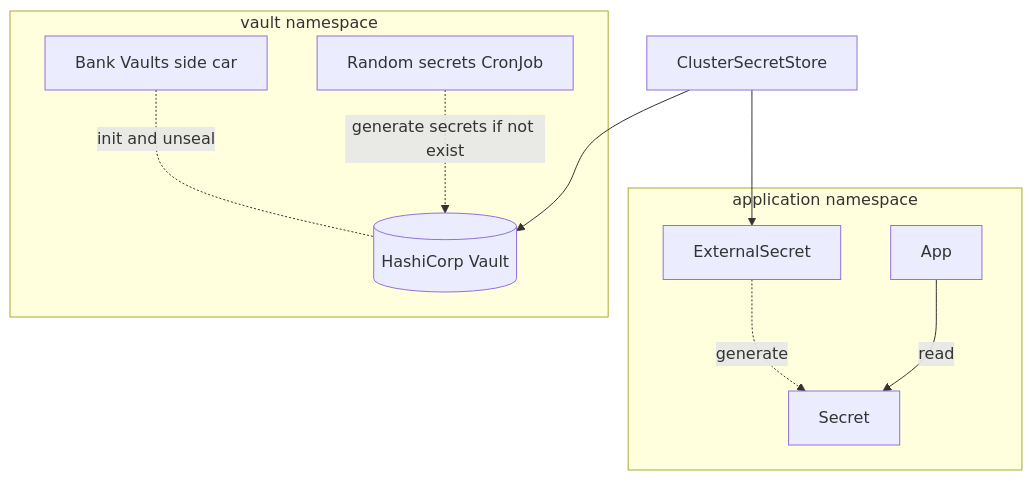
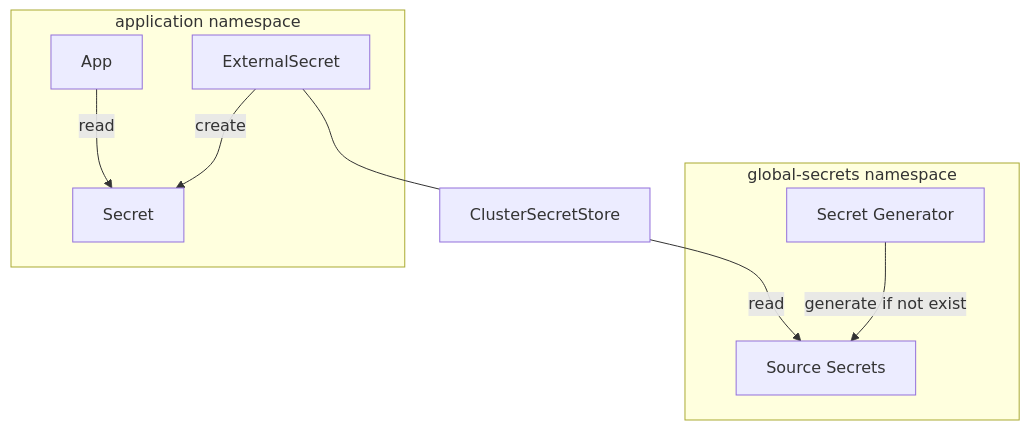
The diagram in docs/concepts/secrets-management.md (brimdor/homelab-docs), drawn with Mermaid before and after one commit. The commit also changed other lines of this file and 33 other files, not shown here.

````diff
--- a/docs/concepts/secrets-management.md
+++ b/docs/concepts/secrets-management.md
@@ -15,15 +17,14 @@
 ```mermaid
 flowchart TD
-  subgraph vault-namespace[vault namespace]
-    bank-vaults[Bank Vaults side car] -. init and unseal .- vault[(HashiCorp Vault)]
-    random-secret[Random secrets CronJob] -. generate secrets if not exist .-> vault[(HashiCorp Vault)]
+  subgraph global-secrets-namespace[global-secrets namespace]
+    secret-generator[Secret Generator] -- generate if not exist --> source-secrets[Source Secrets]
   end
 
   subgraph app-namespace[application namespace]
-    ExternalSecret -. generate .-> Secret
+    ExternalSecret -- create --> Secret
     App -- read --> Secret
   end
 
-  ClusterSecretStore --> vault
-  ClusterSecretStore --> ExternalSecret
+  ClusterSecretStore -- read --> source-secrets
+  ExternalSecret --- ClusterSecretStore
 ```
````
